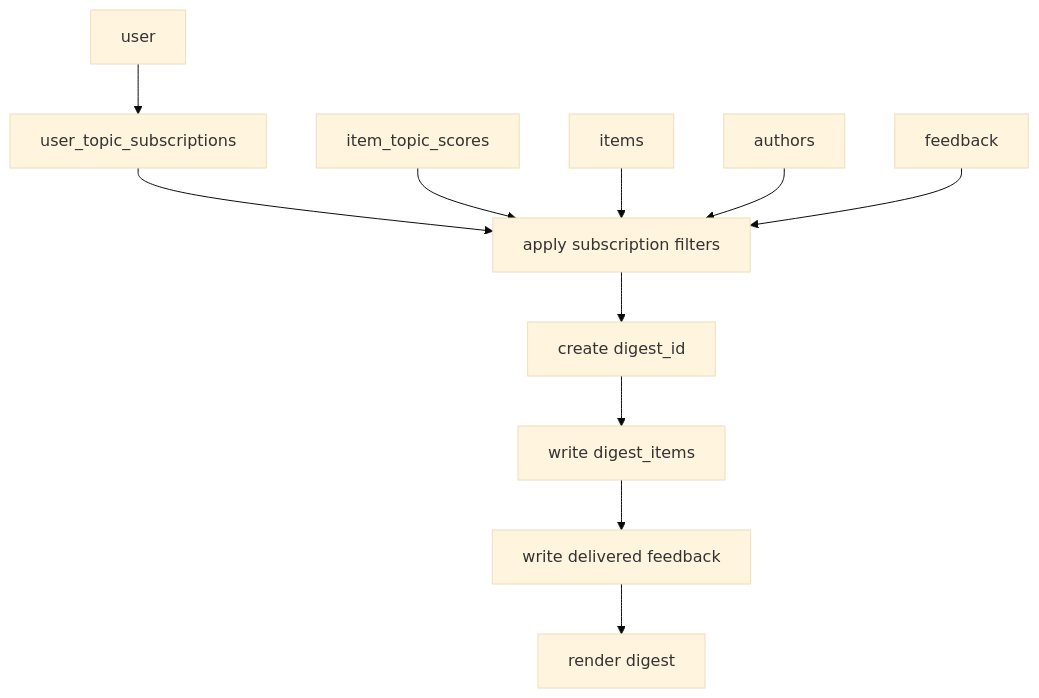
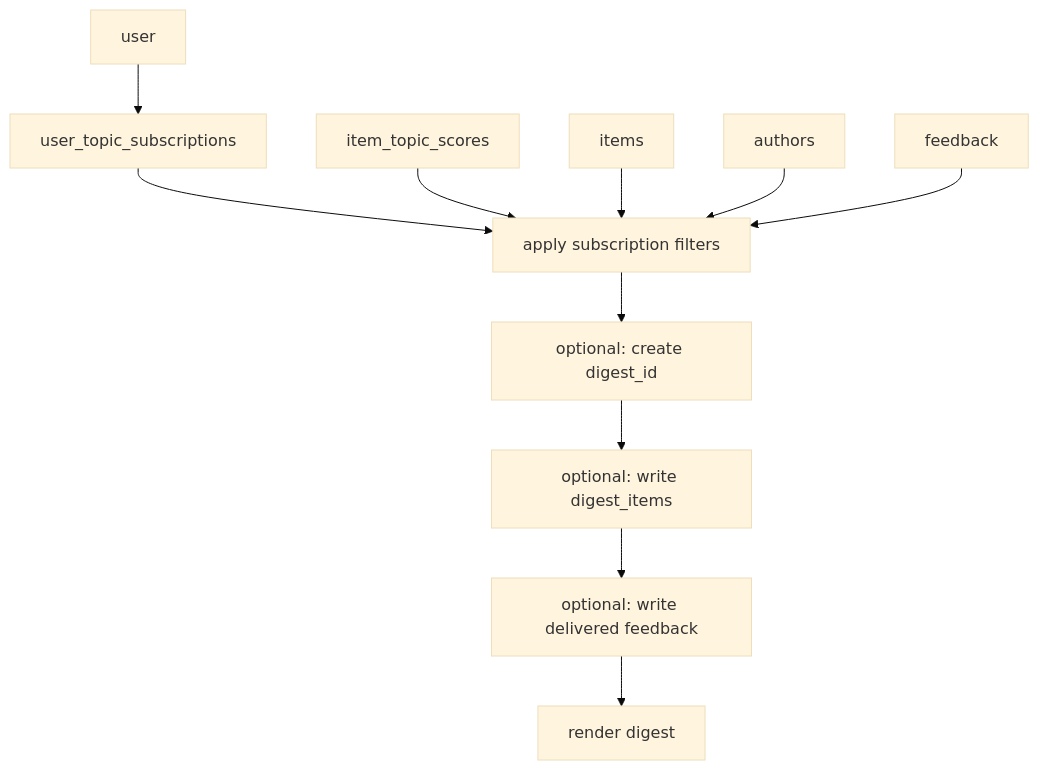
Before and after one commit to centerfield1904/knowledge-os: the fourth of 6 diagrams in ARCHITECTURE.md, drawn with Mermaid (base theme). The commit also changed other lines of this file and 4 other files, not shown here.

````diff
--- a/ARCHITECTURE.md
+++ b/ARCHITECTURE.md
@@ -210,21 +215,21 @@
 ```mermaid
 flowchart TD
     user["user"]
     subscriptions["user_topic_subscriptions"]
     scores["item_topic_scores"]
     items["items"]
     authors["authors"]
     feedback["feedback"]
     select["apply subscription filters"]
-    create_digest["create digest_id"]
-    digest_items["write digest_items"]
-    delivered["write delivered feedback"]
+    create_digest["optional: create digest_id"]
+    digest_items["optional: write digest_items"]
+    delivered["optional: write delivered feedback"]
     render["render digest"]
 
     user --> subscriptions --> select
     scores --> select
     items --> select
     authors --> select
     feedback --> select
     select --> create_digest --> digest_items --> delivered --> render
 ```
````
